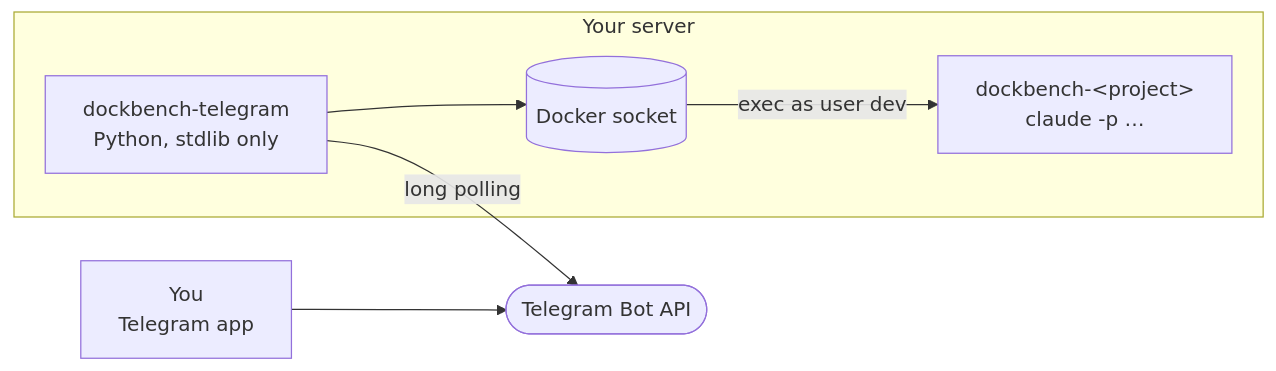
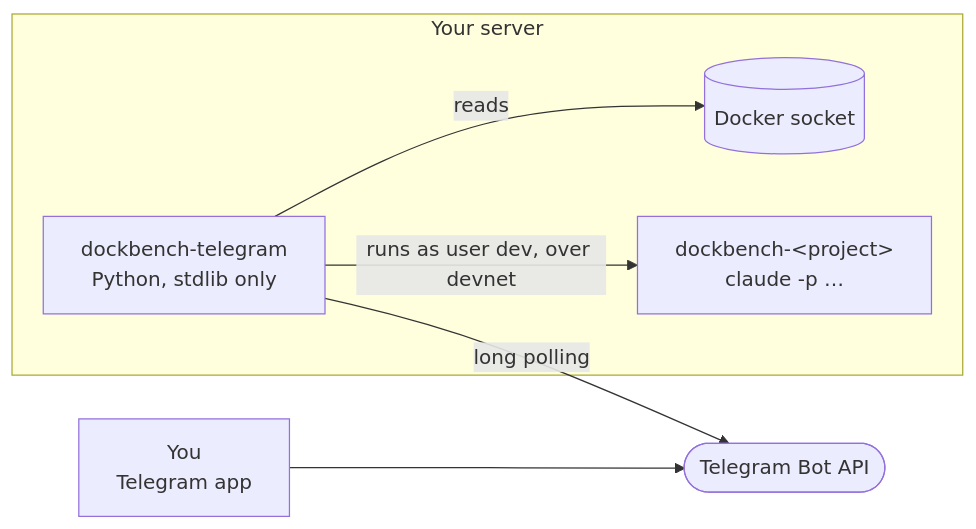
The diagram in README.md (Sander972/DockBench-Telegram), drawn with Mermaid before and after one commit. The commit also changed other lines of this file and 6 other files, not shown here.

````diff
--- a/README.md
+++ b/README.md
@@ -48,13 +48,14 @@
 ```mermaid
 flowchart LR
     you["You<br/>Telegram app"]
     tg(["Telegram Bot API"])
     subgraph server["Your server"]
         bot["dockbench-telegram<br/>Python, stdlib only"]
         sock[("Docker socket")]
         dev["dockbench-&lt;project&gt;<br/>claude -p …"]
     end
     you --> tg
     bot -- long polling --> tg
-    bot --> sock -- exec as user dev --> dev
+    bot -- reads --> sock
+    bot -- runs as user dev, over devnet --> dev
 ```
````
